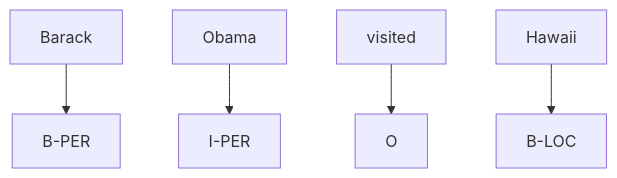
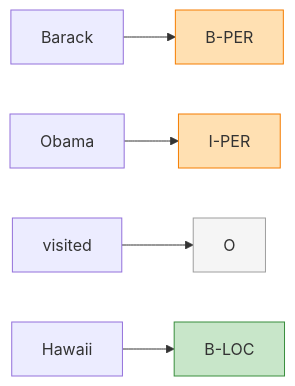
One commit to Raunak4518/nlp changed the diagram in docs/01-nlp-fundamentals/core-nlp-tasks.md. Above: the diagram before and after it, drawn with Mermaid. The commit also changed other lines of this file and 35 other files, not shown here.

````diff
--- a/docs/01-nlp-fundamentals/core-nlp-tasks.md
+++ b/docs/01-nlp-fundamentals/core-nlp-tasks.md
@@ -46,7 +48,12 @@
 ```mermaid
-flowchart TD
-    A[Barack] --> B[B-PER]
-    C[Obama] --> D[I-PER]
-    E[visited] --> F[O]
-    G[Hawaii] --> H[B-LOC]
+flowchart LR
+    W1["Barack"] --> Y1["B-PER"]
+    W2["Obama"] --> Y2["I-PER"]
+    W3["visited"] --> Y3["O"]
+    W4["Hawaii"] --> Y4["B-LOC"]
+    
+    style Y1 fill:#ffe0b2,stroke:#f57c00
+    style Y2 fill:#ffe0b2,stroke:#f57c00
+    style Y3 fill:#f5f5f5,stroke:#9e9e9e
+    style Y4 fill:#c8e6c9,stroke:#388e3c
 ```
````
